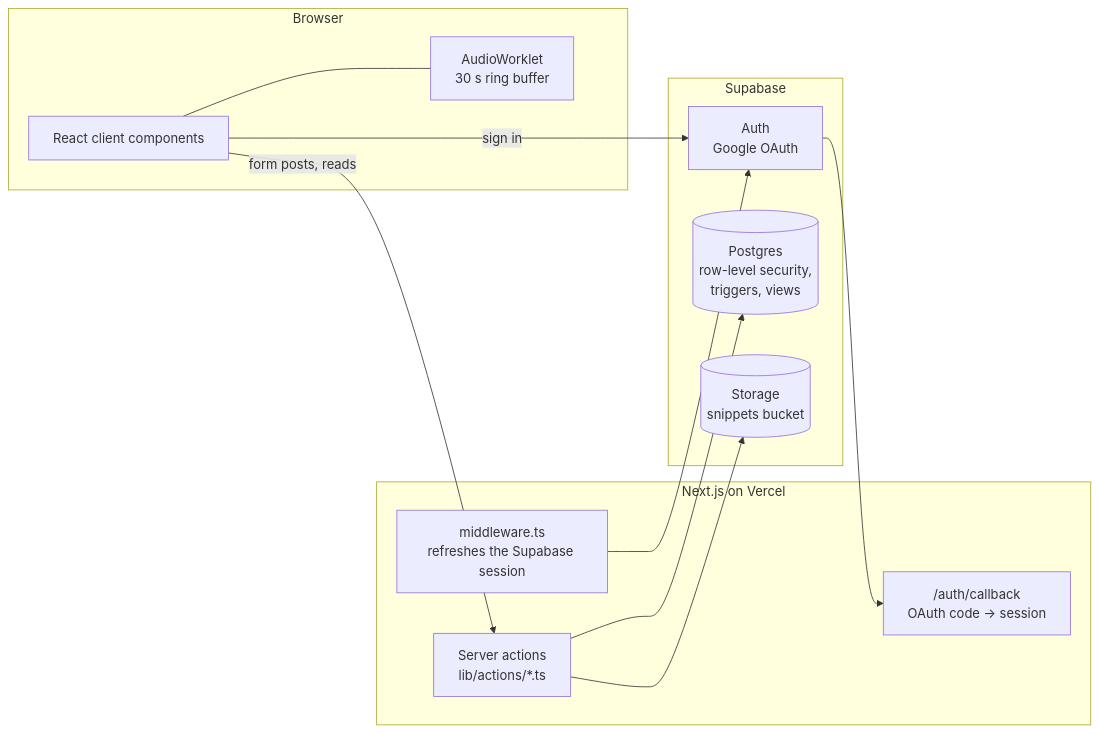
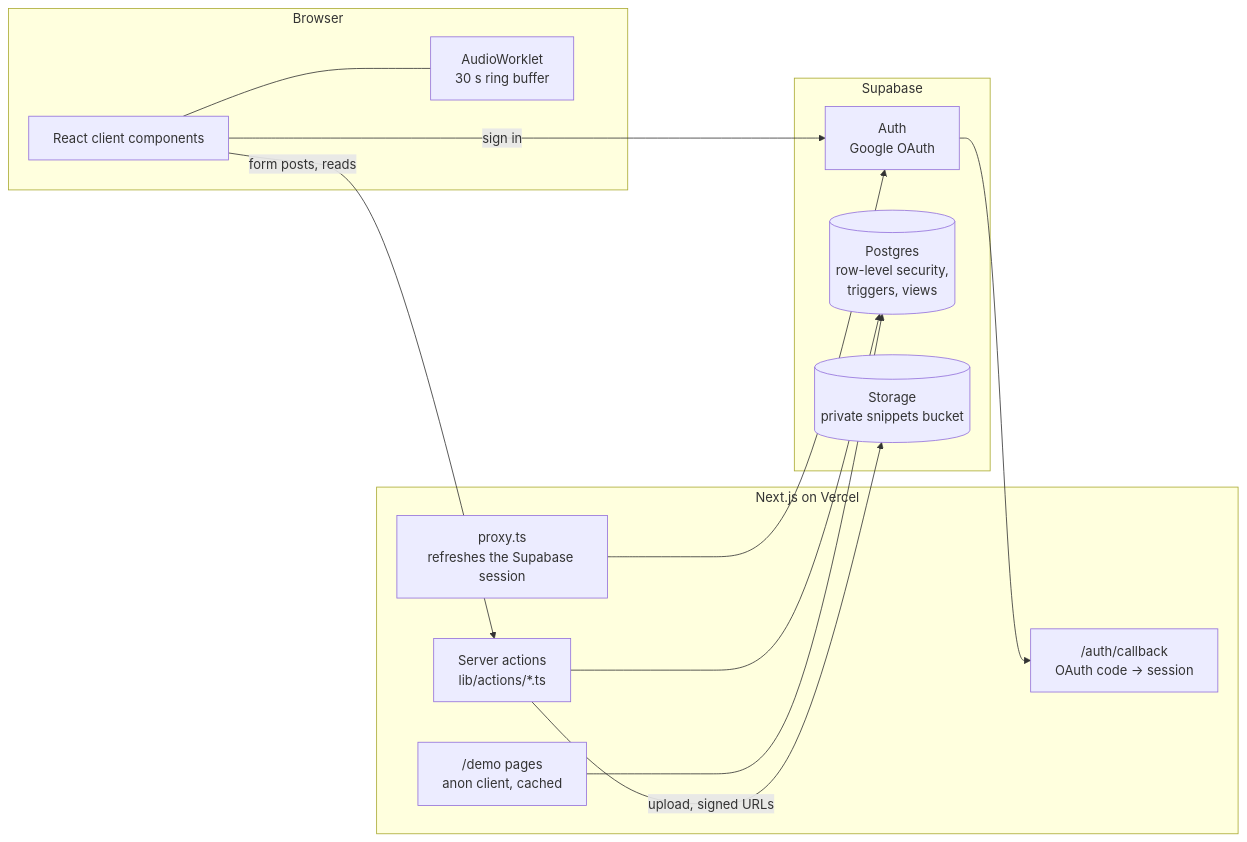
One commit to mzhao1599/virtuoso changed the diagram in README.md. Above: the diagram before and after it, drawn with Mermaid. The commit also changed other lines of this file, not shown here.

First line of the commit message:
docs: update the README for demo mode, new features, migrations and tests

````diff
--- a/README.md
+++ b/README.md
@@ -22,23 +32,25 @@
 ```mermaid
 flowchart LR
   subgraph Browser
     UI[React client components]
     WL[AudioWorklet<br/>30 s ring buffer]
     UI --- WL
   end
   subgraph Next["Next.js on Vercel"]
-    MW[middleware.ts<br/>refreshes the Supabase session]
+    PX[proxy.ts<br/>refreshes the Supabase session]
     SA["Server actions<br/>lib/actions/*.ts"]
+    DEMO["/demo pages<br/>anon client, cached"]
     CB["/auth/callback<br/>OAuth code → session"]
   end
   subgraph Supabase
     AUTH[Auth<br/>Google OAuth]
     DB[(Postgres<br/>row-level security,<br/>triggers, views)]
-    ST[(Storage<br/>snippets bucket)]
+    ST[(Storage<br/>private snippets bucket)]
   end
   UI -->|form posts, reads| SA
   SA --> DB
-  SA --> ST
+  SA -->|upload, signed URLs| ST
+  DEMO --> DB
   UI -->|sign in| AUTH --> CB
-  MW --> AUTH
+  PX --> AUTH
 ```
````
